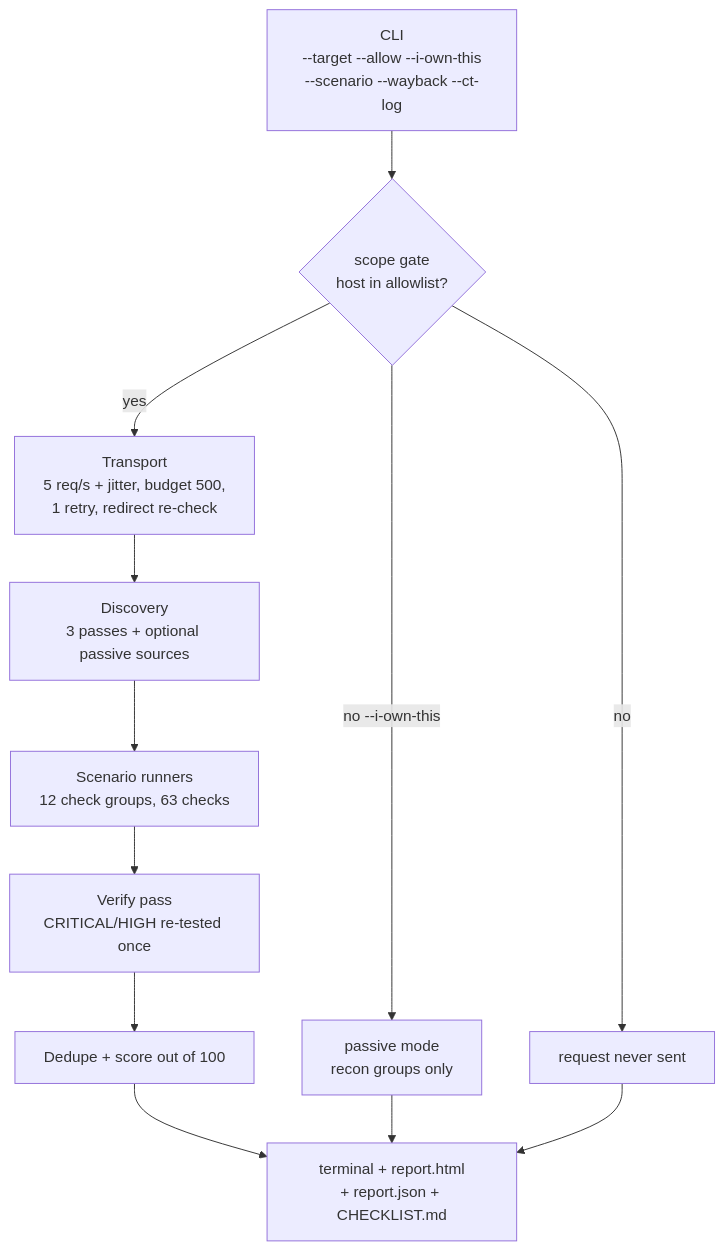
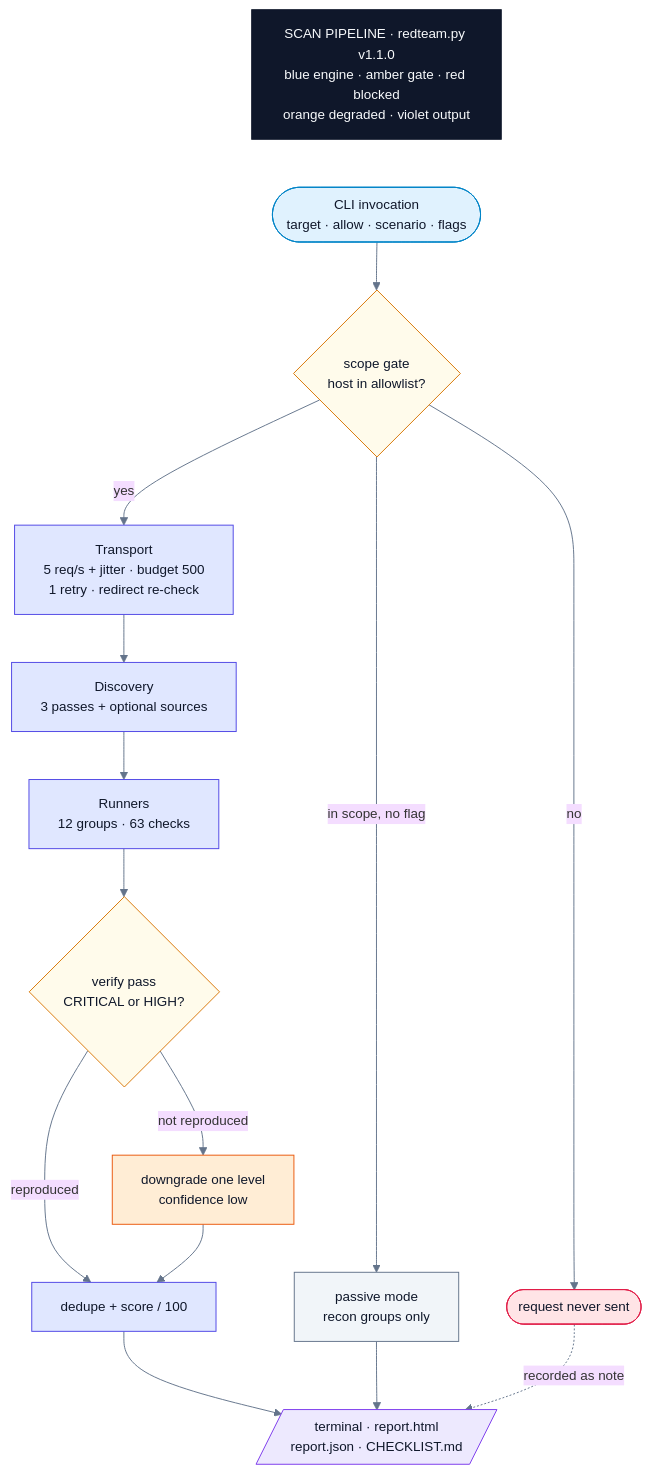
The diagram in README.md (pixie-chan/redqueen), drawn with Mermaid before and after one commit. The commit also changed 13 other files, not shown here.

Commit message:
redesign all 6 architecture diagrams: design system, title+legend chips, labeled edges, balanced layouts

````diff
--- a/README.md
+++ b/README.md
@@ -81,14 +81,30 @@
 ```mermaid
+%%{init: {"theme":"base","themeVariables":{"fontFamily":"DejaVu Sans, Helvetica, sans-serif","fontSize":"14px","lineColor":"#64748b","clusterBkg":"#f8fafc","clusterBorder":"#cbd5e1"}}}%%
 flowchart TD
-    A["CLI<br/>--target --allow --i-own-this<br/>--scenario --wayback --ct-log"] --> G{"scope gate<br/>host in allowlist?"}
-    G -- "no" --> K["request never sent"]
-    G -- "no --i-own-this" --> P["passive mode<br/>recon groups only"]
-    G -- "yes" --> T["Transport<br/>5 req/s + jitter, budget 500,<br/>1 retry, redirect re-check"]
-    T --> D["Discovery<br/>3 passes + optional passive sources"]
-    D --> R["Scenario runners<br/>12 check groups, 63 checks"]
-    R --> V["Verify pass<br/>CRITICAL/HIGH re-tested once"]
-    V --> Z["Dedupe + score out of 100"]
-    Z --> O["terminal + report.html<br/>+ report.json + CHECKLIST.md"]
+    T["SCAN PIPELINE · redteam.py v1.1.0<br/>blue engine · amber gate · red blocked<br/>orange degraded · violet output"]:::title ~~~ A(["CLI invocation<br/>target · allow · scenario · flags"]):::cli
+    A --> G{"scope gate<br/>host in allowlist?"}:::gate
+    G -->|no| K(["request never sent"]):::bad
+    G -->|"in scope, no flag"| P["passive mode<br/>recon groups only"]:::neutral
+    G -->|yes| T2["Transport<br/>5 req/s + jitter · budget 500<br/>1 retry · redirect re-check"]:::engine
+    T2 --> D["Discovery<br/>3 passes + optional sources"]:::engine
+    D --> R["Runners<br/>12 groups · 63 checks"]:::engine
+    R --> V{"verify pass<br/>CRITICAL or HIGH?"}:::gate
+    V -->|reproduced| Z["dedupe + score / 100"]:::engine
+    V -->|"not reproduced"| DN["downgrade one level<br/>confidence low"]:::warn
+    DN --> Z
+    Z --> O[/"terminal · report.html<br/>report.json · CHECKLIST.md"/]:::out
     P --> O
-    K --> O
+    K -.->|"recorded as note"| O
+
+    classDef title fill:#0f172a,stroke:#0f172a,color:#f8fafc
+    classDef cli fill:#e0f2fe,stroke:#0284c7,color:#0f172a
+    classDef engine fill:#e0e7ff,stroke:#4f46e5,color:#0f172a
+    classDef gate fill:#fffbeb,stroke:#d97706,color:#0f172a
+    classDef good fill:#dcfce7,stroke:#059669,color:#0f172a
+    classDef bad fill:#ffe4e6,stroke:#e11d48,color:#0f172a
+    classDef warn fill:#ffedd5,stroke:#ea580c,color:#0f172a
+    classDef out fill:#ede9fe,stroke:#7c3aed,color:#0f172a
+    classDef neutral fill:#f1f5f9,stroke:#64748b,color:#0f172a
+    classDef ext fill:#cffafe,stroke:#0891b2,color:#0f172a
+    classDef forbidden fill:#ffe4e6,stroke:#e11d48,color:#0f172a,stroke-dasharray:6 4
 ```
````
